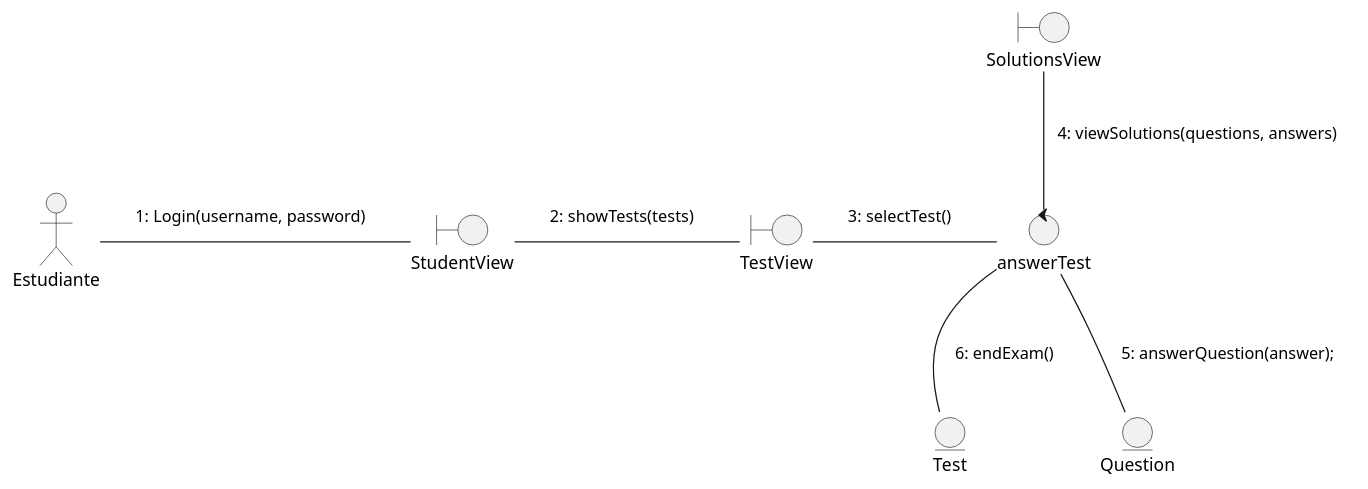
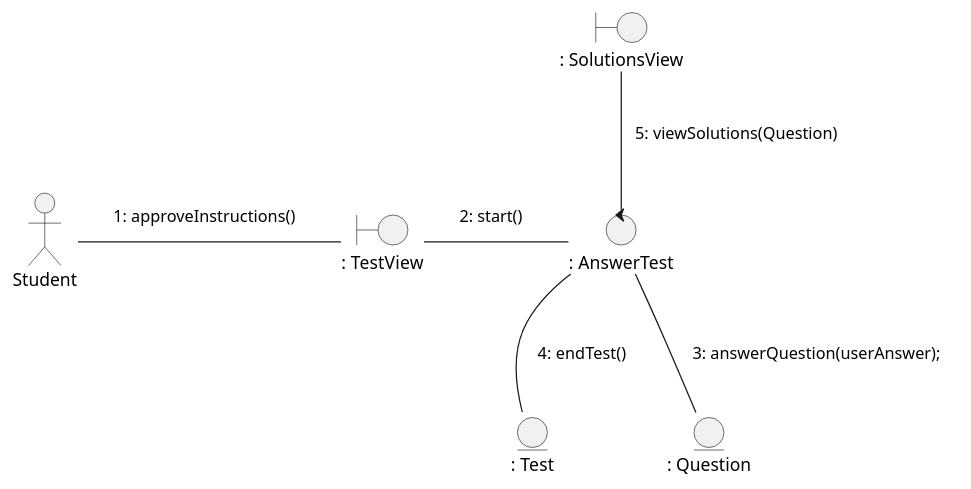
The diagram in docs/logicalView/analisysView/classAnalisys/diagrama_colaboracion_CU2.plantuml (MiguelCiav/Uhuru), drawn with PlantUML before and after one commit. The commit also changed 3 other files, not shown here.

Commit message:
Diagrama de clases de análisis terminado

```diff
--- a/docs/logicalView/analisysView/classAnalisys/diagrama_colaboracion_CU2.plantuml
+++ b/docs/logicalView/analisysView/classAnalisys/diagrama_colaboracion_CU2.plantuml
@@ -1,40 +1,34 @@
 @startuml clase_analisis 
 
 skinparam NoteBackgroundColor transparent
 skinparam NoteBorderColor transparent
 
-actor Estudiante
-boundary "StudentView" as vista_estudiante
-boundary "TestView" as responder_examen
-boundary "SolutionsView" as soluciones
-control "answerTest" as controlador 
-entity Test as examen
-entity Question as pregunta
+actor Student as Estudiante
+boundary ": TestView" as responder_examen
+boundary ": SolutionsView" as soluciones
+control ": AnswerTest" as controlador 
+entity ": Test" as examen
+entity ": Question" as pregunta
 
-Estudiante -r- vista_estudiante
+Estudiante -r- responder_examen
 note on link
-1: Login(username, password)
-end note
-vista_estudiante -r- responder_examen
-note on link
-2: showTests(tests)
+1: approveInstructions()
 end note
 responder_examen -r- controlador
 note on link
-3: selectTest()
+2: start()
+end note
+controlador -- pregunta
+note on link
+3: answerQuestion(userAnswer);
+end note
+controlador -- examen
+note on link
+4: endTest()
 end note
 controlador -u- soluciones
 note on link
-4: viewSolutions(questions, answers)
-end note
-controlador -- pregunta
-note on link
-5: answerQuestion(answer);
-end note
-controlador -- examen
-note on link
-6: endExam()
+5: viewSolutions(Question)
 end note
 
-
 @enduml
```
